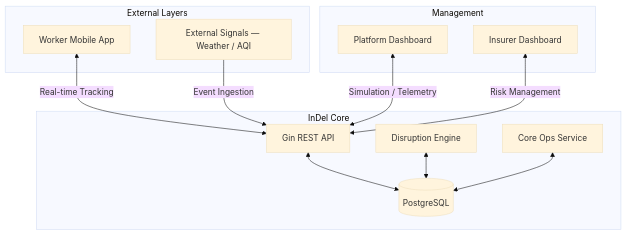
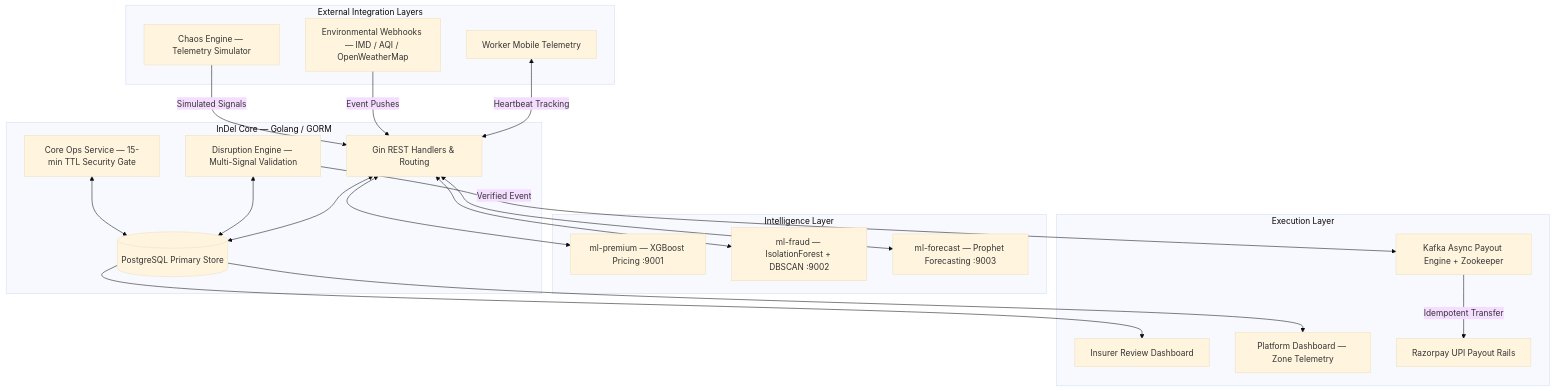
The diagram in README.md (gayathriuthamaraj/InDel), drawn with Mermaid (base theme) before and after one commit. The commit also changed other lines of this file and 1 other file, not shown here.

````diff
--- a/README.md
+++ b/README.md
@@ -65,27 +109,42 @@
 ```mermaid
 graph TD
-    subgraph "External Layers"
-        WA[Worker Mobile App]
-        ES[External Signals — Weather / AQI]
+    subgraph "External Integration Layers"
+        WA[Worker Mobile Telemetry]
+        ES[Environmental Webhooks — IMD / AQI / OpenWeatherMap]
+        CE[Chaos Engine — Telemetry Simulator]
     end
 
-    subgraph "InDel Core"
-        API[Gin REST API]
-        DE[Disruption Engine]
-        CO[Core Ops Service]
-        DB[(PostgreSQL)]
+    subgraph "InDel Core — Golang / GORM"
+        API[Gin REST Handlers & Routing]
+        DE[Disruption Engine — Multi-Signal Validation]
+        CO[Core Ops Service — 15-min TTL Security Gate]
+        DB[(PostgreSQL Primary Store)]
     end
 
-    subgraph "Management"
-        PD[Platform Dashboard]
-        ID[Insurer Dashboard]
+    subgraph "Intelligence Layer"
+        ML1[ml-premium — XGBoost Pricing :9001]
+        ML2[ml-fraud — IsolationForest + DBSCAN :9002]
+        ML3[ml-forecast — Prophet Forecasting :9003]
     end
 
-    WA <-->|Real-time Tracking| API
-    ES -->|Event Ingestion| API
+    subgraph "Execution Layer"
+        ID[Insurer Review Dashboard]
+        PD[Platform Dashboard — Zone Telemetry]
+        KF[Kafka Async Payout Engine + Zookeeper]
+        RP[Razorpay UPI Payout Rails]
+    end
+
+    WA <-->|Heartbeat Tracking| API
+    ES -->|Event Pushes| API
+    CE -->|Simulated Signals| API
     API <--> DB
     DE <--> DB
     CO <--> DB
-    PD <-->|Simulation / Telemetry| API
-    ID <-->|Risk Management| API
+    DE -->|Verified Event| KF
+    DB --> ID
+    DB --> PD
+    API <--> ML1
+    API <--> ML2
+    API <--> ML3
+    KF -->|Idempotent Transfer| RP
 ```
````
